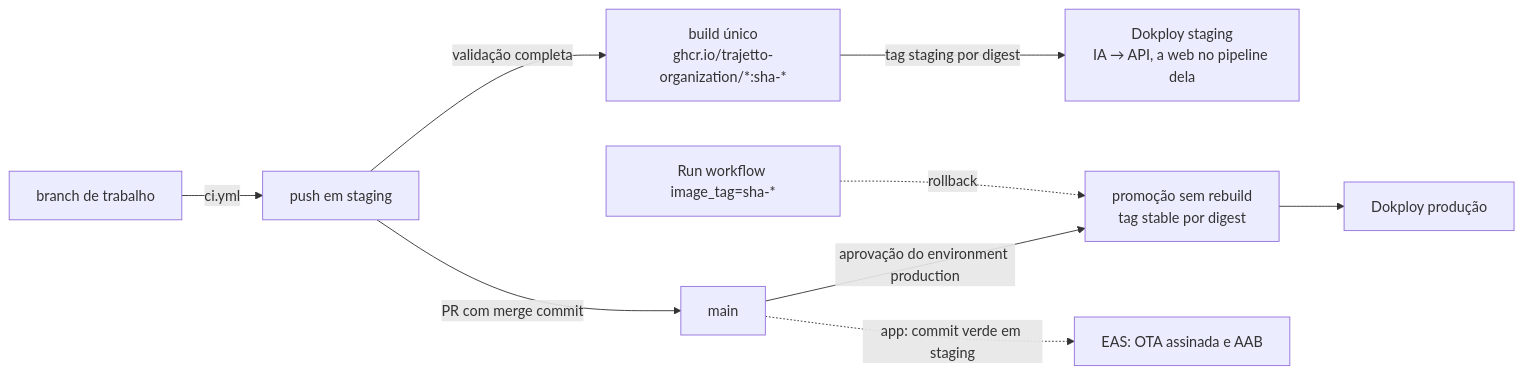
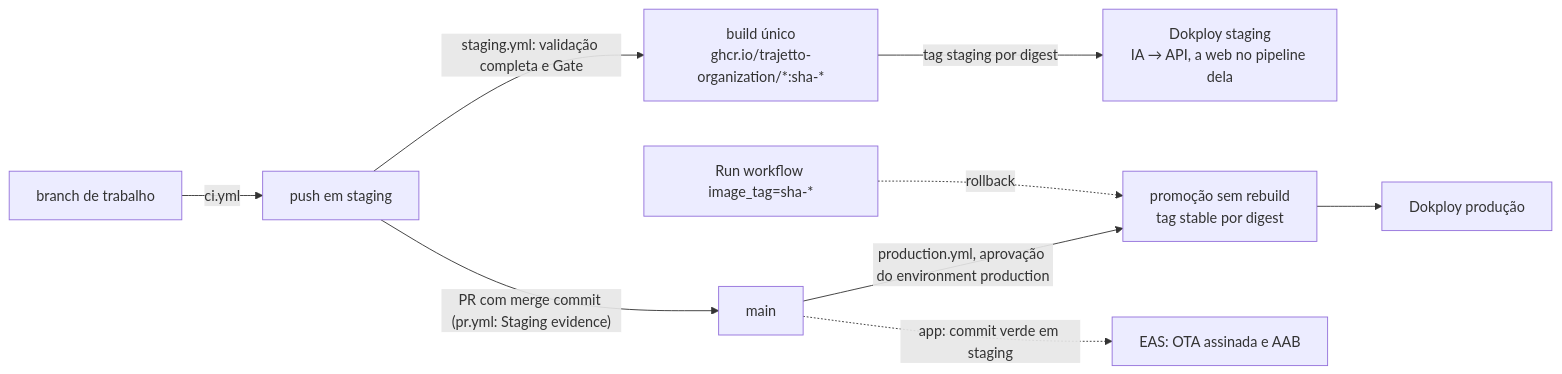
Before and after one commit to Trajetto-Organization/trajetto-api: the sixth of 6 diagrams in docs/arquitetura.md, drawn with Mermaid. The commit also changed other lines of this file and 66 other files, not shown here.

````diff
--- a/docs/arquitetura.md
+++ b/docs/arquitetura.md
@@ -346,11 +346,11 @@
 ```mermaid
 flowchart LR
   dev["branch de trabalho"] -->|"ci.yml"| stg["push em staging"]
-  stg -->|"validação completa"| img["build único<br/>ghcr.io/trajetto-organization/*:sha-*"]
+  stg -->|"staging.yml: validação completa e Gate"| img["build único<br/>ghcr.io/trajetto-organization/*:sha-*"]
   img -->|"tag staging por digest"| dks["Dokploy staging<br/>IA → API, a web no pipeline dela"]
-  stg -->|"PR com merge commit"| main["main"]
-  main -->|"aprovação do environment production"| prom["promoção sem rebuild<br/>tag stable por digest"]
+  stg -->|"PR com merge commit (pr.yml: Staging evidence)"| main["main"]
+  main -->|"production.yml, aprovação do environment production"| prom["promoção sem rebuild<br/>tag stable por digest"]
   prom --> dkp["Dokploy produção"]
   main -.->|"app: commit verde em staging"| ota["EAS: OTA assinada e AAB"]
   roll["Run workflow image_tag=sha-*"] -.->|"rollback"| prom
 ```
````
